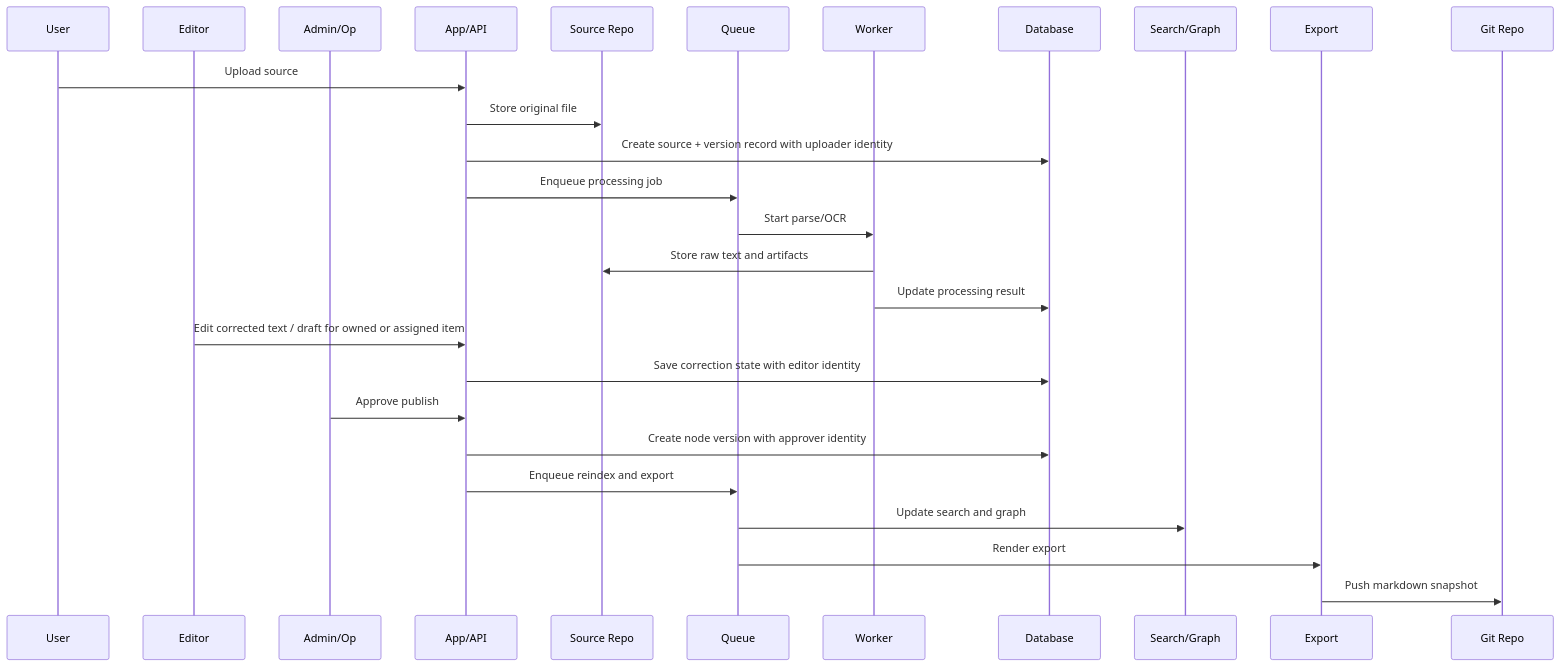
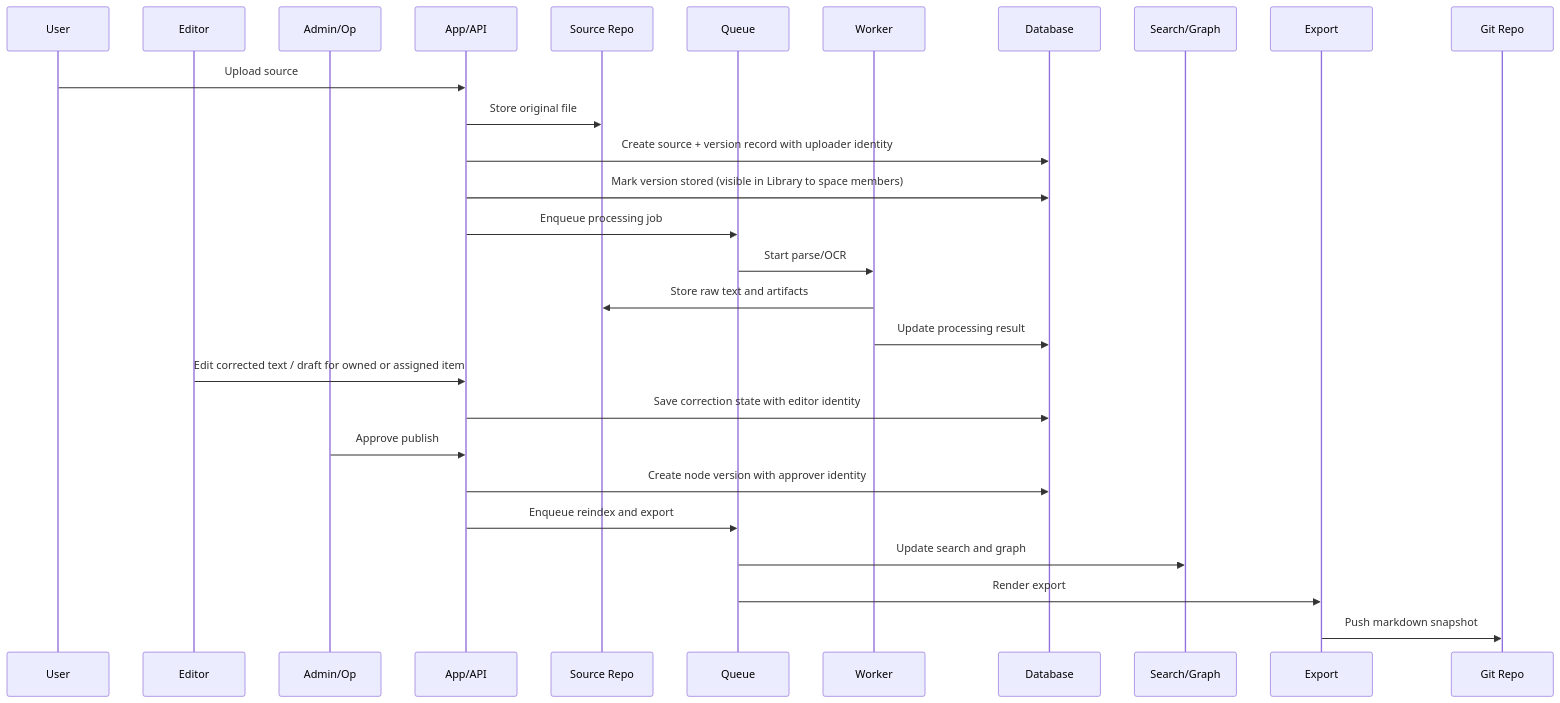
One commit to chicuongwg/WisdomTree changed the diagram in docs/flows/app-user-data-flows.md. Above: the diagram before and after it, drawn with Mermaid. The commit also changed other lines of this file and 7 other files, not shown here.

Commit message:
docs(flows): model storage-first state machines and user flows

````diff
--- a/docs/flows/app-user-data-flows.md
+++ b/docs/flows/app-user-data-flows.md
@@ -34,30 +34,31 @@
 ```mermaid
 sequenceDiagram
     participant U as User
     participant R as Editor
     participant O as Admin/Op
     participant A as App/API
     participant S as Source Repo
     participant Q as Queue
     participant W as Worker
     participant D as Database
     participant X as Search/Graph
     participant E as Export
     participant G as Git Repo
 
     U->>A: Upload source
     A->>S: Store original file
     A->>D: Create source + version record with uploader identity
+    A->>D: Mark version stored (visible in Library to space members)
     A->>Q: Enqueue processing job
     Q->>W: Start parse/OCR
     W->>S: Store raw text and artifacts
     W->>D: Update processing result
     R->>A: Edit corrected text / draft for owned or assigned item
     A->>D: Save correction state with editor identity
     O->>A: Approve publish
     A->>D: Create node version with approver identity
     A->>Q: Enqueue reindex and export
     Q->>X: Update search and graph
     Q->>E: Render export
     E->>G: Push markdown snapshot
 ```
````
